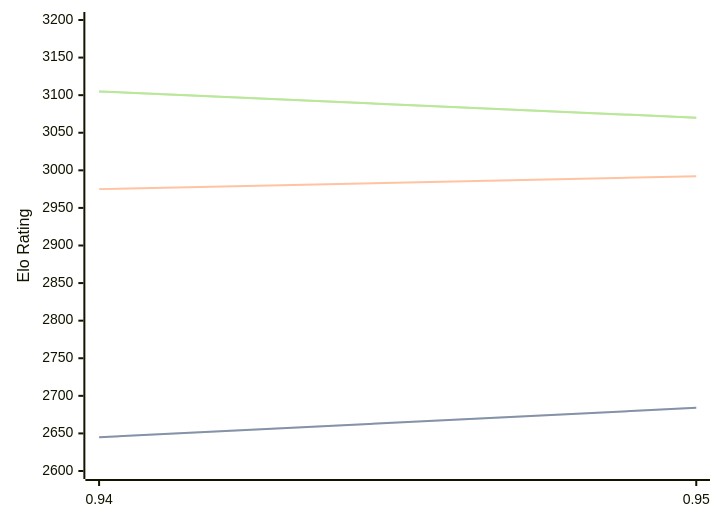
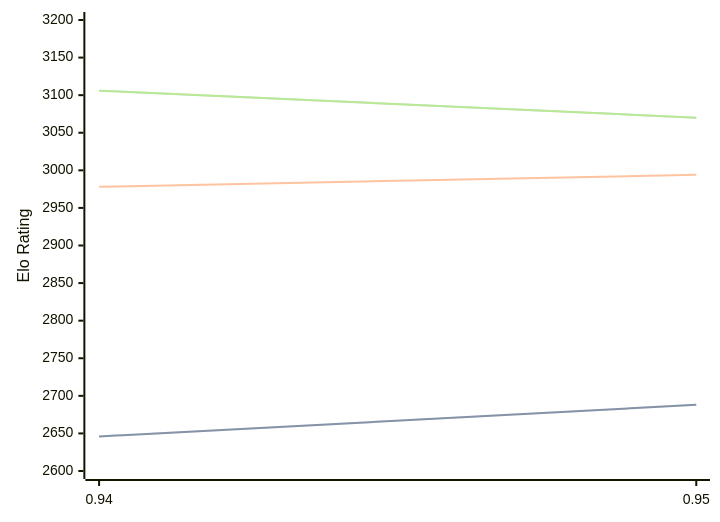
Before and after one commit to computer-chess-index/cci: the diagram in engines/Myrddin.md, drawn with Mermaid. The commit also changed other lines of this file, not shown here.

Commit message:
Update CCI Ratings (ELO VLTC) - 2026-05-06

````diff
--- a/engines/Myrddin.md
+++ b/engines/Myrddin.md
@@ -37,11 +37,11 @@
 ```mermaid
 %%{init: {"theme":"base","themeVariables":{"seriesColors:['#a3a3a3','#222221','#faa371']}}}%%
 xychart-beta
   x-axis ["0.94", "0.95"]
   y-axis "Elo Rating" 2600 --> 3200
-  line "STC (8.0+0.08s)" [2645, 2684]
-  line "STC (8.0+0.08s)" [2645, 2684]
-  line "LTC (60.0+0.60s)" [2975, 2992]
-  line "VLTC (2m24s+1.12s)" [3105, 3070]
-  line "VLTC (2m24s+1.12s)" [3105, 3070]
+  line "STC (8.0+0.08s)" [2646, 2688]
+  line "STC (8.0+0.08s)" [2646, 2688]
+  line "LTC (60.0+0.60s)" [2978, 2994]
+  line "VLTC (2m24s+1.12s)" [3106, 3070]
+  line "VLTC (2m24s+1.12s)" [3106, 3070]
 ```
````
